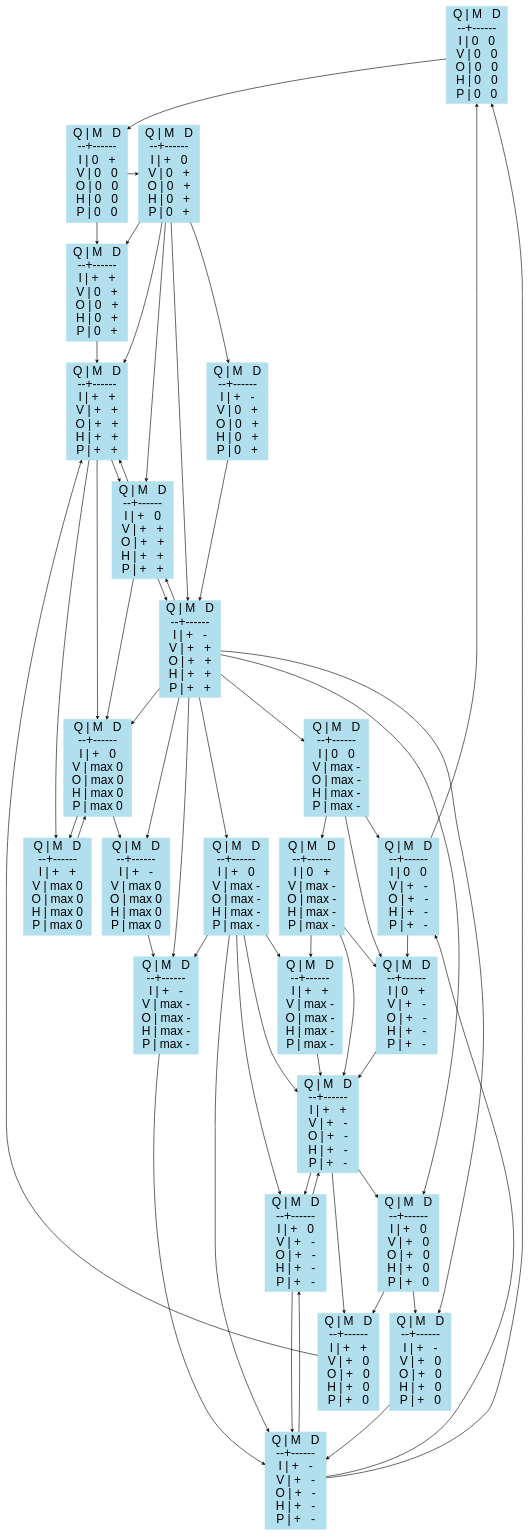
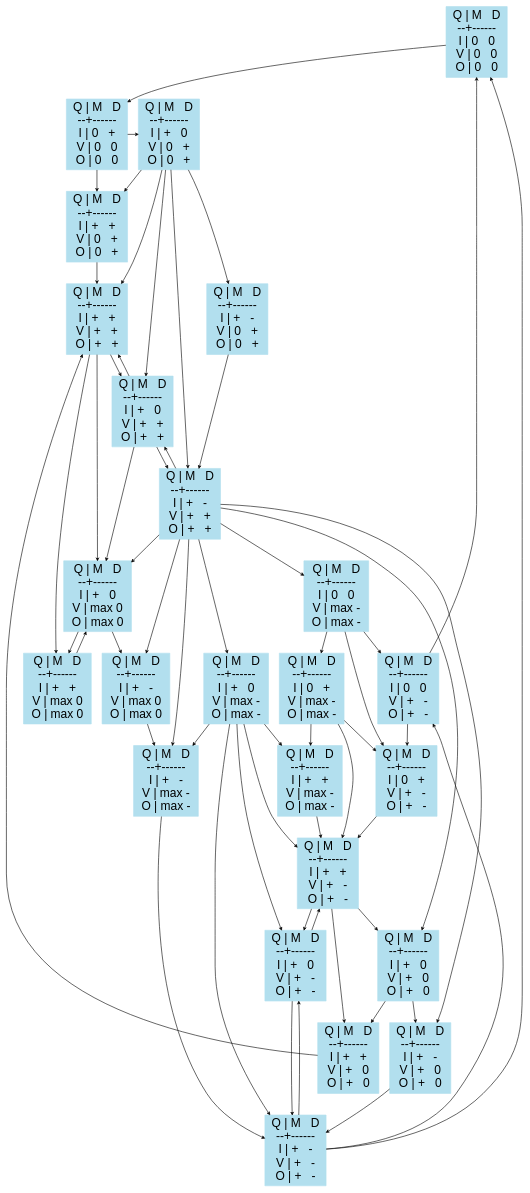
Before and after one commit to OscarLigthart/Knowledge-Representation: the diagram in Assignment2/stategraph.gv, drawn with Graphviz. The commit also changed 2 other files, not shown here.

```diff
--- a/Assignment2/stategraph.gv
+++ b/Assignment2/stategraph.gv
@@ -6,247 +6,199 @@
 I | 0   0
 V | 0   0
 O | 0   0
-H | 0   0
-P | 0   0
 "]
 	B [label="Q | M   D
 --+------
 I | 0   +
 V | 0   0
 O | 0   0
-H | 0   0
-P | 0   0
 "]
 	C [label="Q | M   D
 --+------
 I | 0   0
 V | +   -
 O | +   -
-H | +   -
-P | +   -
 "]
 	D [label="Q | M   D
 --+------
 I | 0   +
 V | +   -
 O | +   -
-H | +   -
-P | +   -
 "]
 	E [label="Q | M   D
 --+------
 I | 0   0
 V | max -
 O | max -
-H | max -
-P | max -
 "]
 	F [label="Q | M   D
 --+------
 I | 0   +
 V | max -
 O | max -
-H | max -
-P | max -
 "]
 	G [label="Q | M   D
 --+------
 I | +   -
 V | 0   +
 O | 0   +
-H | 0   +
-P | 0   +
 "]
 	H [label="Q | M   D
 --+------
 I | +   0
 V | 0   +
 O | 0   +
-H | 0   +
-P | 0   +
 "]
 	I [label="Q | M   D
 --+------
 I | +   +
 V | 0   +
 O | 0   +
-H | 0   +
-P | 0   +
 "]
 	J [label="Q | M   D
 --+------
 I | +   -
 V | +   -
 O | +   -
-H | +   -
-P | +   -
 "]
 	K [label="Q | M   D
 --+------
 I | +   -
 V | +   0
 O | +   0
-H | +   0
-P | +   0
 "]
 	L [label="Q | M   D
 --+------
 I | +   -
 V | +   +
 O | +   +
-H | +   +
-P | +   +
 "]
 	M [label="Q | M   D
 --+------
 I | +   0
 V | +   -
 O | +   -
-H | +   -
-P | +   -
 "]
 	N [label="Q | M   D
 --+------
 I | +   0
 V | +   0
 O | +   0
-H | +   0
-P | +   0
 "]
 	O [label="Q | M   D
 --+------
 I | +   0
 V | +   +
 O | +   +
-H | +   +
-P | +   +
 "]
 	P [label="Q | M   D
 --+------
 I | +   +
 V | +   -
 O | +   -
-H | +   -
-P | +   -
 "]
 	Q [label="Q | M   D
 --+------
 I | +   +
 V | +   0
 O | +   0
-H | +   0
-P | +   0
 "]
 	R [label="Q | M   D
 --+------
 I | +   +
 V | +   +
 O | +   +
-H | +   +
-P | +   +
 "]
 	S [label="Q | M   D
 --+------
 I | +   -
 V | max -
 O | max -
-H | max -
-P | max -
 "]
 	T [label="Q | M   D
 --+------
 I | +   -
 V | max 0
 O | max 0
-H | max 0
-P | max 0
 "]
 	U [label="Q | M   D
 --+------
 I | +   0
 V | max -
 O | max -
-H | max -
-P | max -
 "]
 	V [label="Q | M   D
 --+------
 I | +   0
 V | max 0
 O | max 0
-H | max 0
-P | max 0
 "]
 	W [label="Q | M   D
 --+------
 I | +   +
 V | max -
 O | max -
-H | max -
-P | max -
 "]
 	X [label="Q | M   D
 --+------
 I | +   +
 V | max 0
 O | max 0
-H | max 0
-P | max 0
 "]
+	R -> X
+	H -> R
+	H -> L
+	C -> A
+	R -> O
+	F -> D
+	H -> O
+	L -> N
+	M -> P
+	N -> K
+	U -> M
+	C -> D
+	V -> T
+	J -> M
+	O -> V
+	R -> V
+	L -> K
+	D -> P
+	G -> L
+	J -> C
+	L -> V
+	P -> Q
+	Q -> R
+	L -> O
+	S -> J
+	M -> J
+	F -> P
+	A -> B
+	T -> S
+	W -> P
+	P -> N
+	U -> P
+	B -> I
+	U -> S
+	K -> J
+	H -> G
+	J -> A
+	U -> W
+	E -> D
+	O -> L
+	P -> M
+	U -> J
+	L -> T
+	V -> X
 	L -> E
 	H -> I
+	I -> R
+	X -> V
+	N -> Q
+	L -> U
+	F -> W
+	O -> R
 	L -> S
-	O -> V
-	G -> L
-	K -> J
-	S -> J
-	D -> P
+	E -> C
 	E -> F
-	L -> N
-	B -> I
-	U -> W
-	P -> M
-	R -> O
-	U -> J
-	I -> R
-	H -> O
-	H -> L
-	A -> B
-	L -> V
-	T -> S
-	J -> C
-	J -> A
-	F -> W
-	H -> R
-	N -> K
-	R -> X
-	C -> A
-	X -> V
-	E -> C
-	L -> K
-	N -> Q
-	O -> L
-	U -> S
-	Q -> R
-	F -> D
-	P -> N
-	M -> P
-	U -> P
-	H -> G
-	L -> U
-	O -> R
-	U -> M
-	E -> D
-	V -> X
-	L -> T
-	C -> D
-	L -> O
-	R -> V
-	M -> J
-	W -> P
-	F -> P
-	J -> M
-	V -> T
-	P -> Q
 	B -> H [constraint=false]
 }
```
